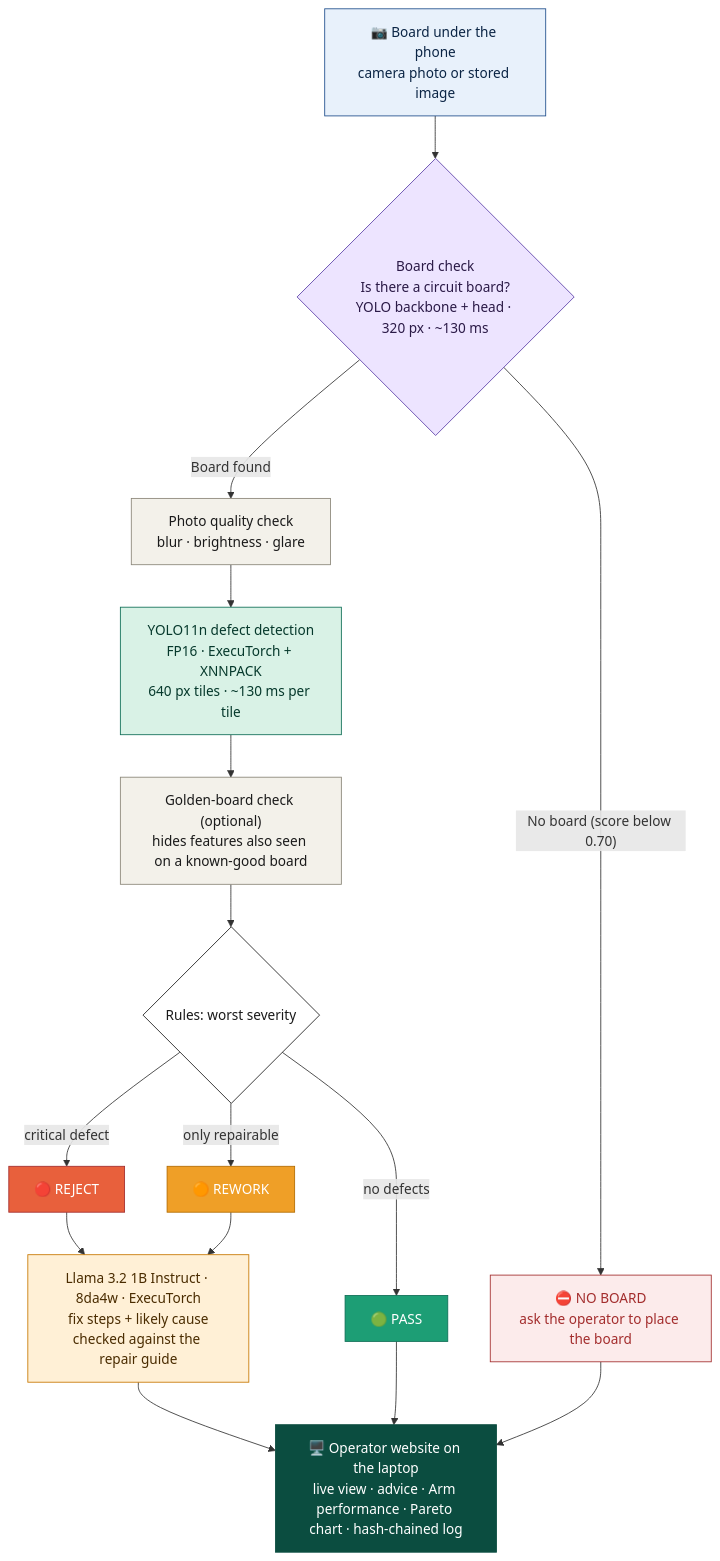
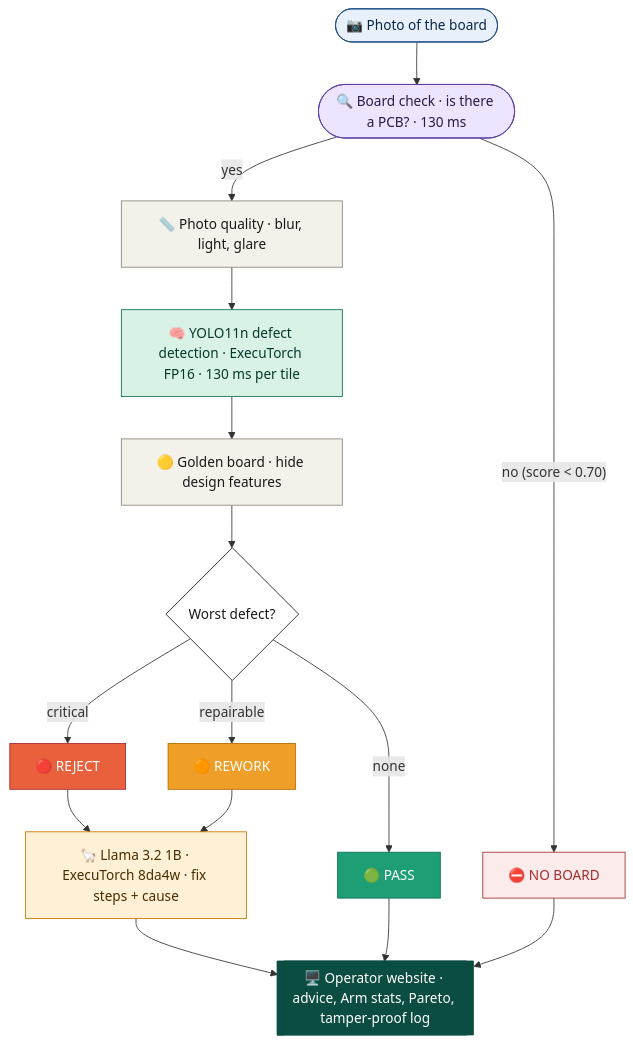
The first of 2 diagrams in README.md (Jaswanthj006/ARM), drawn with Mermaid before and after one commit. The commit also changed other lines of this file, not shown here.

Commit message:
README: clearer, more compact flowcharts

````diff
--- a/README.md
+++ b/README.md
@@ -20,30 +20,29 @@
 ```mermaid
 flowchart TD
-    A["📷 Board under the phone<br/>camera photo or stored image"]:::input
-    A --> B{"Board check<br/>Is there a circuit board?<br/>YOLO backbone + head · 320 px · ~130 ms"}:::gate
-    B -- "No board (score below 0.70)" --> NB["⛔ NO BOARD<br/>ask the operator to place the board"]:::stop
-    B -- "Board found" --> Q["Photo quality check<br/>blur · brightness · glare"]:::step
-    Q --> C["YOLO11n defect detection<br/>FP16 · ExecuTorch + XNNPACK<br/>640 px tiles · ~130 ms per tile"]:::ai
-    C --> G["Golden-board check (optional)<br/>hides features also seen on a known-good board"]:::step
-    G --> R{"Rules: worst severity"}:::rule
-    R -- "critical defect" --> RJ["🔴 REJECT"]:::reject
-    R -- "only repairable" --> RW["🟠 REWORK"]:::rework
-    R -- "no defects" --> PS["🟢 PASS"]:::pass
-    RJ --> L["Llama 3.2 1B Instruct · 8da4w · ExecuTorch<br/>fix steps + likely cause<br/>checked against the repair guide"]:::llm
+    A(["📷 Photo of the board"]):::input --> B(["🔍 Board check · is there a PCB? · 130 ms"]):::gate
+    B -- "no (score < 0.70)" --> NB["⛔ NO BOARD"]:::stop
+    B -- "yes" --> Q["📏 Photo quality · blur, light, glare"]:::step
+    Q --> C["🧠 YOLO11n defect detection · ExecuTorch FP16 · 130 ms per tile"]:::ai
+    C --> G["🟡 Golden board · hide design features"]:::step
+    G --> R{"Worst defect?"}:::rule
+    R -- "critical" --> RJ["🔴 REJECT"]:::reject
+    R -- "repairable" --> RW["🟠 REWORK"]:::rework
+    R -- "none" --> PS["🟢 PASS"]:::pass
+    RJ --> L["🦙 Llama 3.2 1B · ExecuTorch 8da4w · fix steps + cause"]:::llm
     RW --> L
-    L --> W["🖥️ Operator website on the laptop<br/>live view · advice · Arm performance · Pareto chart · hash-chained log"]:::web
+    L --> W[["🖥️ Operator website · advice, Arm stats, Pareto, tamper-proof log"]]:::web
     PS --> W
     NB --> W
 
     classDef input fill:#E8F1FB,stroke:#1F4E8C,color:#0B2545
     classDef gate fill:#EDE4FF,stroke:#5B3FA8,color:#2B1A47
     classDef step fill:#F3F1EA,stroke:#8A8678,color:#1A1A1A
     classDef ai fill:#D9F2E6,stroke:#0F6E56,color:#06392C
     classDef llm fill:#FFF0D6,stroke:#C77700,color:#4A2C00
     classDef rule fill:#FFFFFF,stroke:#1A1A1A,color:#1A1A1A
     classDef pass fill:#1D9E75,stroke:#0F6E56,color:#FFFFFF
     classDef rework fill:#EF9F27,stroke:#B26B00,color:#FFFFFF
     classDef reject fill:#E8603C,stroke:#A32D2D,color:#FFFFFF
     classDef stop fill:#FCEBEB,stroke:#A32D2D,color:#A32D2D
     classDef web fill:#0B4D40,stroke:#0B4D40,color:#FFFFFF
 ```
````
